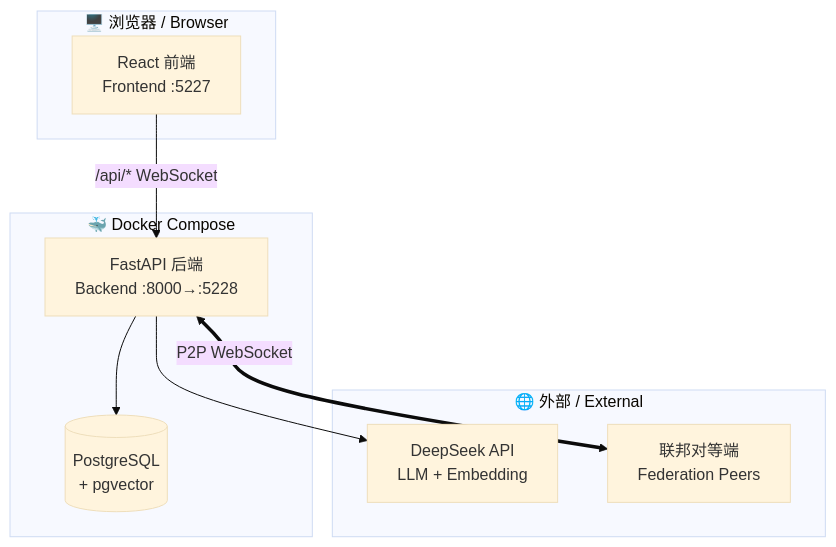
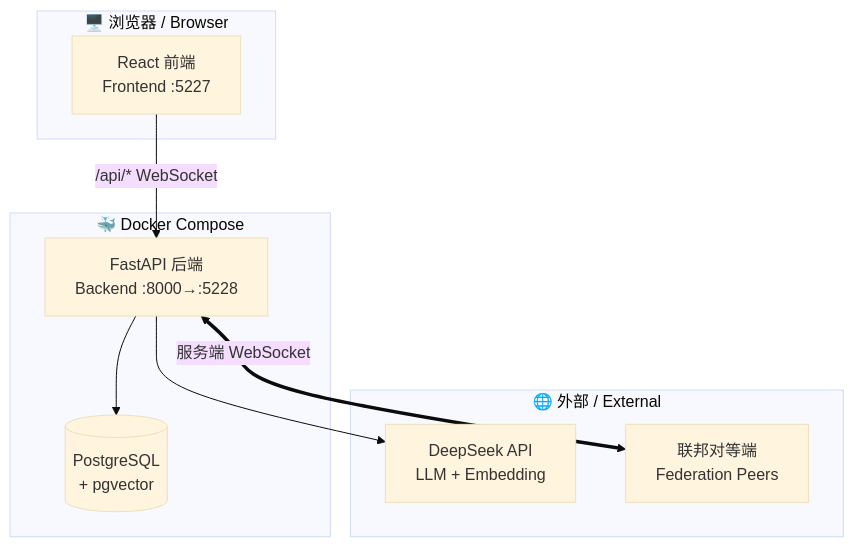
The second of 10 diagrams in docs/用户手册.md (ShuAICFR/AIsChat), drawn with Mermaid (base theme) before and after one commit. The commit also changed other lines of this file and 4 other files, not shown here.

````diff
--- a/docs/用户手册.md
+++ b/docs/用户手册.md
@@ -123,21 +123,21 @@
 ```mermaid
 flowchart TB
     subgraph Browser["🖥️ 浏览器 / Browser"]
         FE[React 前端<br/>Frontend :5227]
     end
 
     subgraph Docker["🐳 Docker Compose"]
         BE[FastAPI 后端<br/>Backend :8000→:5228]
         DB[(PostgreSQL<br/>+ pgvector)]
         FE -->|/api/* WebSocket| BE
         BE --> DB
     end
 
     subgraph External["🌐 外部 / External"]
         LLM[DeepSeek API<br/>LLM + Embedding]
         Peer[联邦对等端<br/>Federation Peers]
     end
 
     BE --> LLM
-    BE <==>|P2P WebSocket| Peer
+    BE <==>|服务端 WebSocket| Peer
 ```
````
